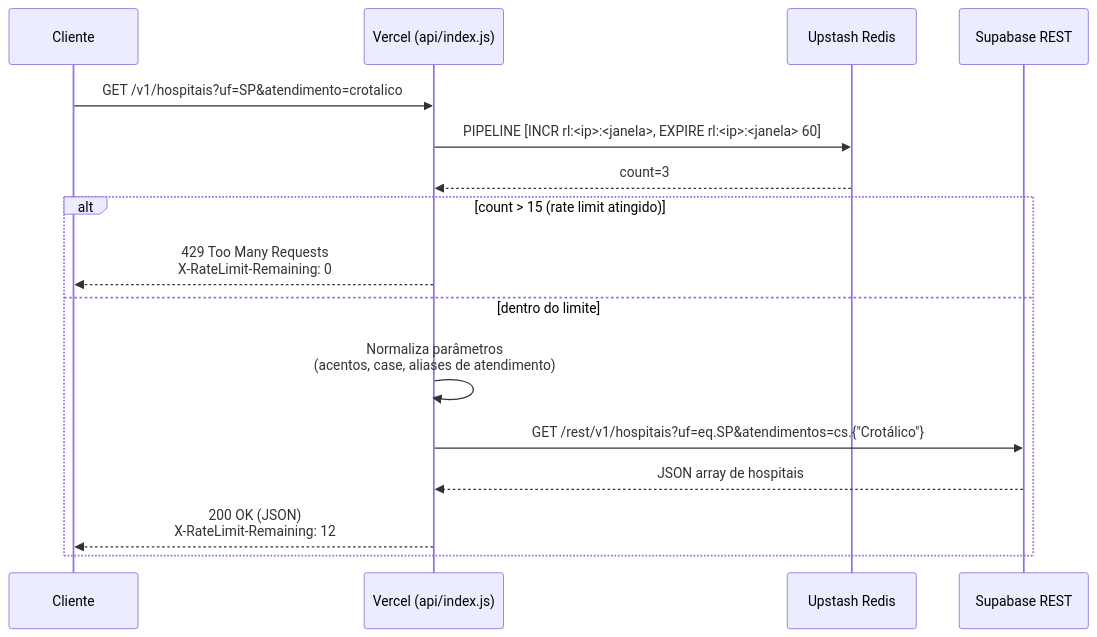
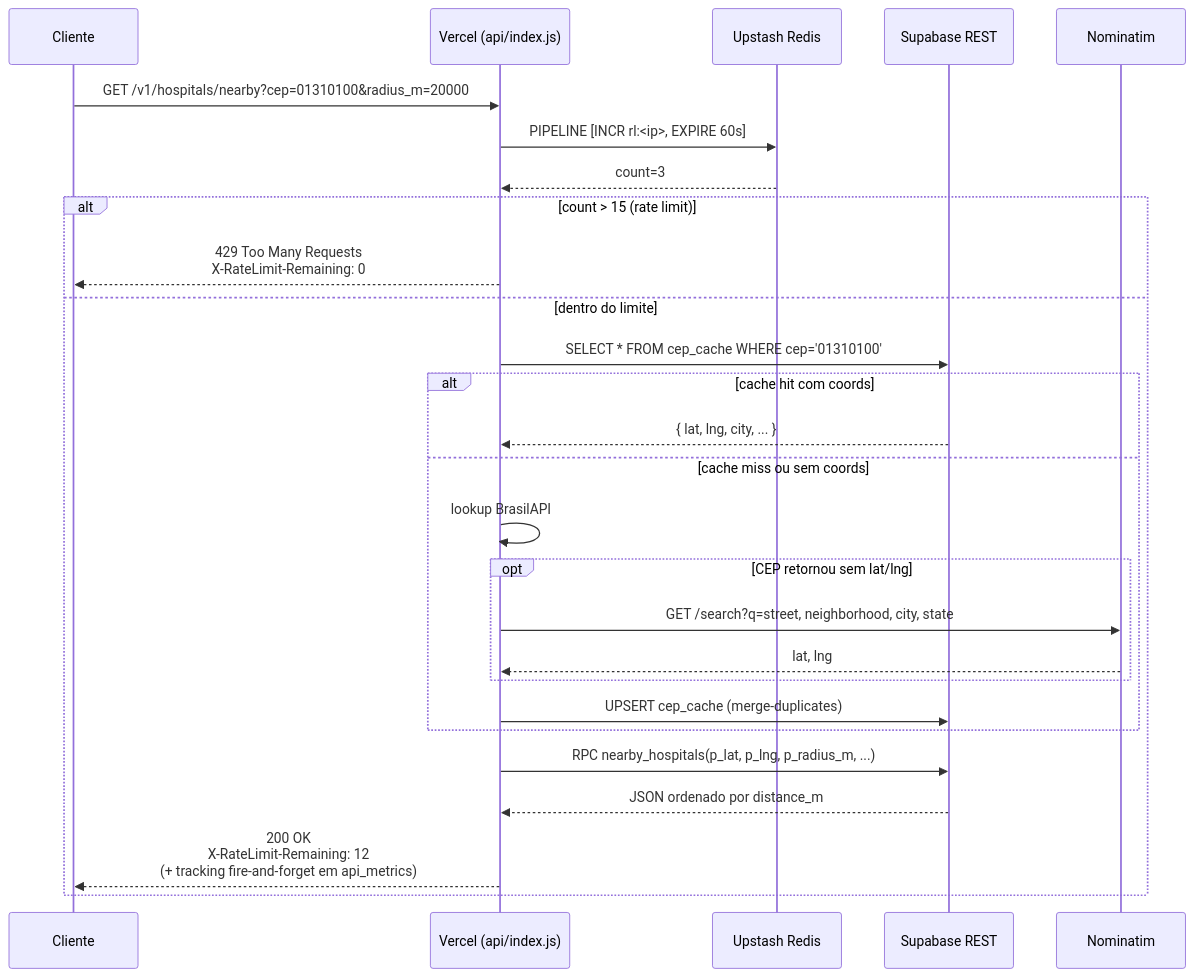
The third of 5 diagrams in README.md (Codar-Sistemas/hospitais-referencia-api), drawn with Mermaid before and after one commit. The commit also changed other lines of this file, not shown here.

First line of the commit message:
docs: rewrite README to match current architecture

````diff
--- a/README.md
+++ b/README.md
@@ -117,21 +126,32 @@
 ```mermaid
 sequenceDiagram
     participant CLI as Cliente
     participant VR as Vercel (api/index.js)
     participant UPS as Upstash Redis
     participant SB as Supabase REST
+    participant NOM as Nominatim
 
-    CLI->>VR: GET /v1/hospitais?uf=SP&atendimento=crotalico
+    CLI->>VR: GET /v1/hospitals/nearby?cep=01310100&radius_m=20000
 
-    VR->>UPS: PIPELINE [INCR rl:<ip>:<janela>, EXPIRE rl:<ip>:<janela> 60]
+    VR->>UPS: PIPELINE [INCR rl:<ip>, EXPIRE 60s]
     UPS-->>VR: count=3
 
-    alt count > 15 (rate limit atingido)
+    alt count > 15 (rate limit)
         VR-->>CLI: 429 Too Many Requests<br/>X-RateLimit-Remaining: 0
     else dentro do limite
-        VR->>VR: Normaliza parâmetros<br/>(acentos, case, aliases de atendimento)
-        VR->>SB: GET /rest/v1/hospitais?uf=eq.SP&atendimentos=cs.{"Crotálico"}
-        SB-->>VR: JSON array de hospitais
-        VR-->>CLI: 200 OK (JSON)<br/>X-RateLimit-Remaining: 12
+        VR->>SB: SELECT * FROM cep_cache WHERE cep='01310100'
+        alt cache hit com coords
+            SB-->>VR: { lat, lng, city, ... }
+        else cache miss ou sem coords
+            VR->>VR: lookup BrasilAPI
+            opt CEP retornou sem lat/lng
+                VR->>NOM: GET /search?q=street, neighborhood, city, state
+                NOM-->>VR: lat, lng
+            end
+            VR->>SB: UPSERT cep_cache (merge-duplicates)
+        end
+        VR->>SB: RPC nearby_hospitals(p_lat, p_lng, p_radius_m, ...)
+        SB-->>VR: JSON ordenado por distance_m
+        VR-->>CLI: 200 OK<br/>X-RateLimit-Remaining: 12<br/>(+ tracking fire-and-forget em api_metrics)
     end
 ```
````
